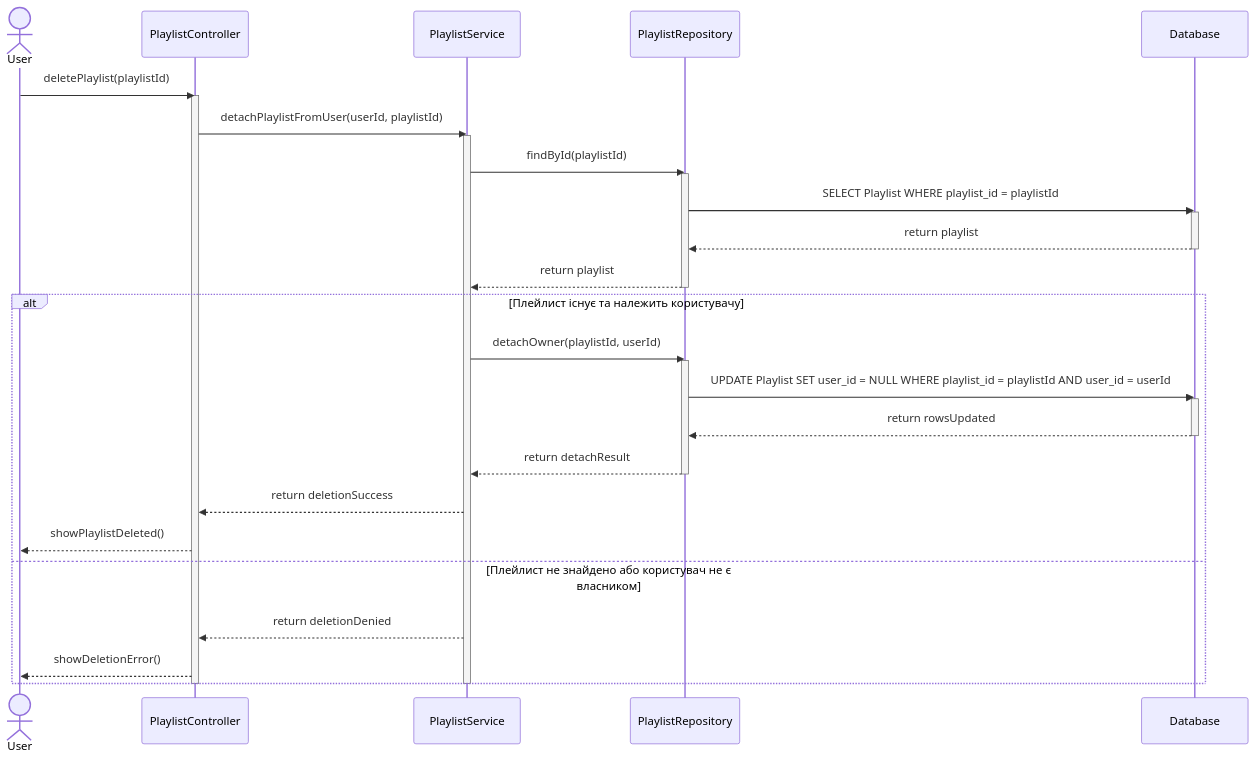
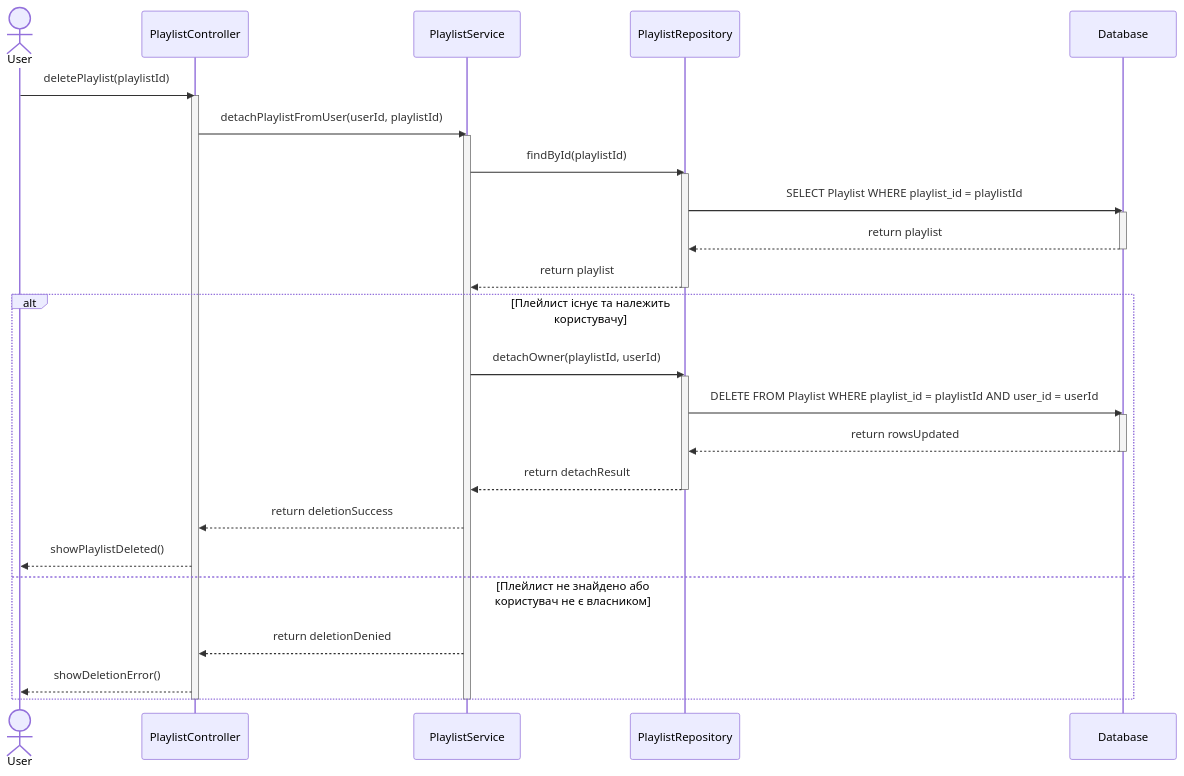
One commit to Na3aR5/Music-Service changed the second of 6 diagrams in playlist_management_sequence_diagrams.md. Above: the diagram before and after it, drawn with Mermaid.

Commit message:
Update playlist_management_sequence_diagrams.md
Instead of UPDATE Playlist should be DELETE FROM Playlist. Fixed.

````diff
--- a/playlist_management_sequence_diagrams.md
+++ b/playlist_management_sequence_diagrams.md
@@ -65,41 +65,41 @@
 ```mermaid
 sequenceDiagram
     actor User
     participant PC as PlaylistController
     participant PS as PlaylistService
     participant PR as PlaylistRepository
     participant DB as Database
 
     User->>PC: deletePlaylist(playlistId)
     activate PC
     PC->>PS: detachPlaylistFromUser(userId, playlistId)
     activate PS
 
     PS->>PR: findById(playlistId)
     activate PR
     PR->>DB: SELECT Playlist WHERE playlist_id = playlistId
     activate DB
     DB-->>PR: return playlist
     deactivate DB
     PR-->>PS: return playlist
     deactivate PR
 
     alt Плейлист існує та належить користувачу
         PS->>PR: detachOwner(playlistId, userId)
         activate PR
-        PR->>DB: UPDATE Playlist SET user_id = NULL WHERE playlist_id = playlistId AND user_id = userId
+        PR->>DB: DELETE FROM Playlist WHERE playlist_id = playlistId AND user_id = userId
         activate DB
         DB-->>PR: return rowsUpdated
         deactivate DB
         PR-->>PS: return detachResult
         deactivate PR
         PS-->>PC: return deletionSuccess
         PC-->>User: showPlaylistDeleted()
     else Плейлист не знайдено або користувач не є власником
         PS-->>PC: return deletionDenied
         PC-->>User: showDeletionError()
     end
 
     deactivate PS
     deactivate PC
 ```
````
